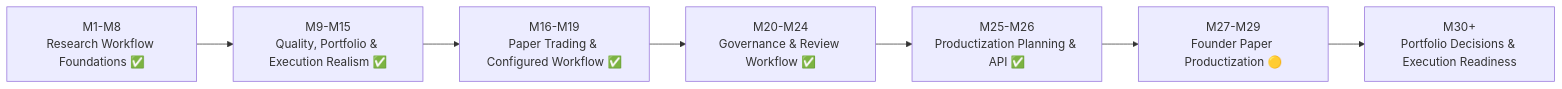
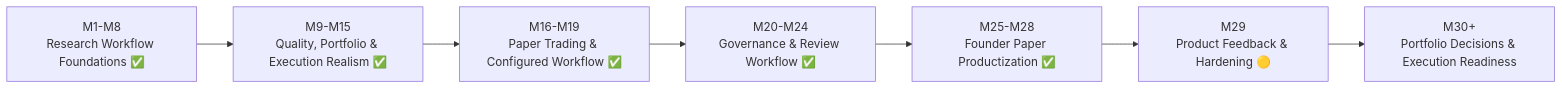
The diagram in docs/roadmap.md (yanxinnnnnn/El-Psy-Quant), drawn with Mermaid before and after one commit. The commit also changed other lines of this file, not shown here.

Commit message:
Advance roadmap to Milestone 29

````diff
--- a/docs/roadmap.md
+++ b/docs/roadmap.md
@@ -21,9 +21,9 @@
 ```mermaid
 flowchart LR
     M1["M1-M8<br/>Research Workflow Foundations ✅"] --> M9["M9-M15<br/>Quality, Portfolio & Execution Realism ✅"]
     M9 --> M16["M16-M19<br/>Paper Trading & Configured Workflow ✅"]
     M16 --> M20["M20-M24<br/>Governance & Review Workflow ✅"]
-    M20 --> M25["M25-M26<br/>Productization Planning & API ✅"]
-    M25 --> M27["M27-M29<br/>Founder Paper Productization 🟡"]
-    M27 --> M30["M30+<br/>Portfolio Decisions & Execution Readiness"]
+    M20 --> M25["M25-M28<br/>Founder Paper Productization ✅"]
+    M25 --> M29["M29<br/>Product Feedback & Hardening 🟡"]
+    M29 --> M30["M30+<br/>Portfolio Decisions & Execution Readiness"]
 ```
````
